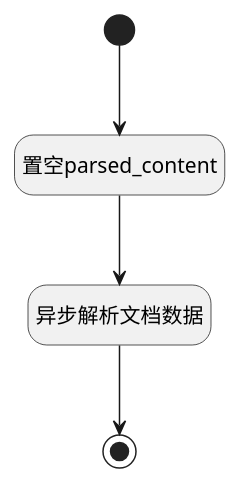
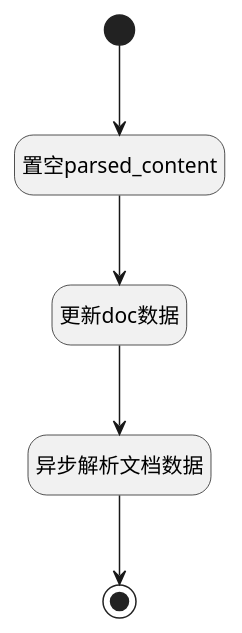
Before and after one commit to iBizLab/plm: the diagram in doc/docsify/module/ai/ai_kb_document/logic/reparse.md, drawn with PlantUML. The commit also changed other lines of this file and 2903 other files, not shown here.

````diff
--- a/doc/docsify/module/ai/ai_kb_document/logic/reparse.md
+++ b/doc/docsify/module/ai/ai_kb_document/logic/reparse.md
@@ -7,23 +7,25 @@
 ```plantuml
 @startuml
 hide empty description
 <style>
 root {
   HyperlinkColor #42b983
 }
 </style>
 
 hide empty description
 state "开始" as Begin <<start>> [[$./reparse#begin {"开始"}]]
+state "置空parsed_content" as PREPAREPARAM_01  [[$./reparse#prepareparam_01 {"置空parsed_content"}]]
+state "更新doc数据" as DEACTION_02  [[$./reparse#deaction_02 {"更新doc数据"}]]
+state "异步解析文档数据" as DEACTION_01  [[$./reparse#deaction_01 {"异步解析文档数据"}]]
 state "结束" as END_01 <<end>> [[$./reparse#end_01 {"结束"}]]
-state "异步解析文档数据" as DEACTION_01  [[$./reparse#deaction_01 {"异步解析文档数据"}]]
-state "置空parsed_content" as PREPAREPARAM_01  [[$./reparse#prepareparam_01 {"置空parsed_content"}]]
 
 
 Begin --> PREPAREPARAM_01
-PREPAREPARAM_01 --> DEACTION_01
+PREPAREPARAM_01 --> DEACTION_02
+DEACTION_02 --> DEACTION_01
 DEACTION_01 --> END_01
 
 
 @enduml
 ```
````
